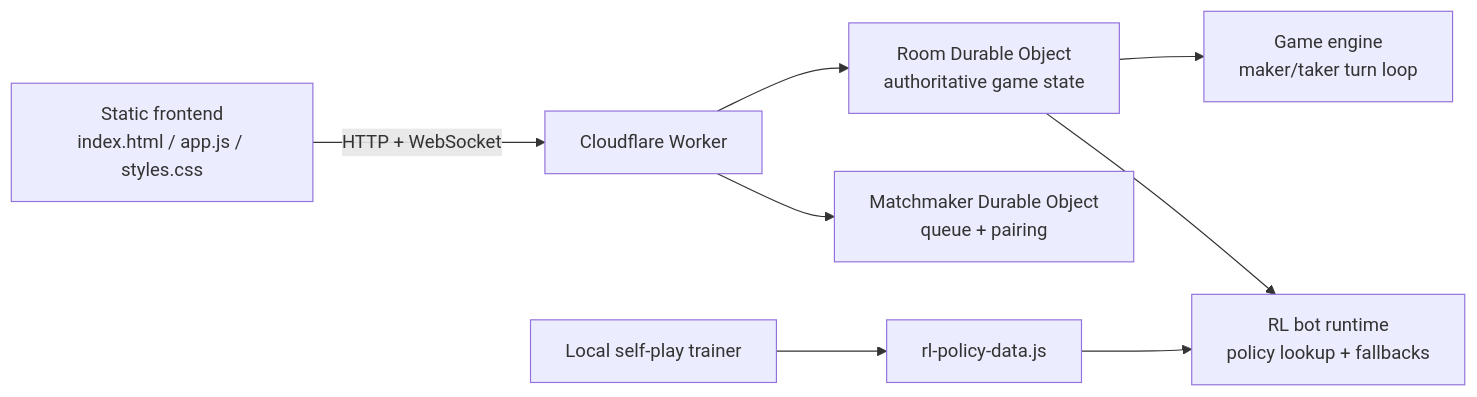
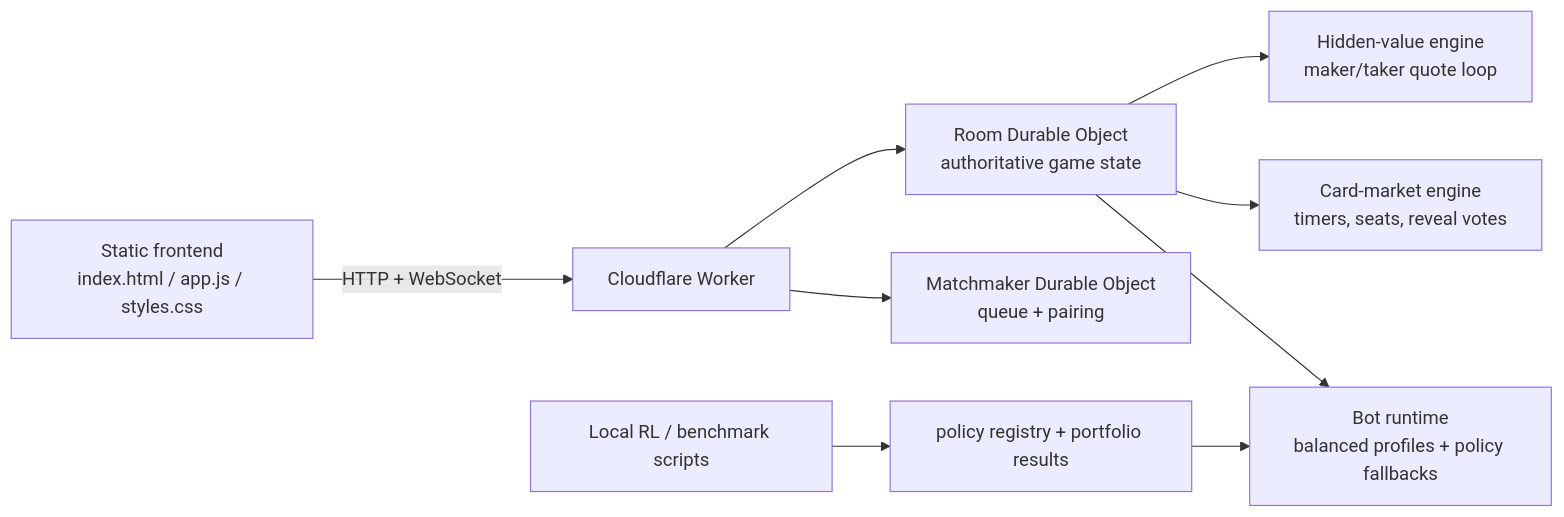
The diagram in README.md (aditya1909-bit/market-making-sim), drawn with Mermaid before and after one commit. The commit also changed other lines of this file and 23 other files, not shown here.

````diff
--- a/README.md
+++ b/README.md
@@ -20,10 +73,11 @@
 ```mermaid
 flowchart LR
     A["Static frontend<br/>index.html / app.js / styles.css"] -->|HTTP + WebSocket| B["Cloudflare Worker"]
     B --> C["Room Durable Object<br/>authoritative game state"]
     B --> D["Matchmaker Durable Object<br/>queue + pairing"]
-    C --> E["Game engine<br/>maker/taker turn loop"]
-    C --> F["RL bot runtime<br/>policy lookup + fallbacks"]
-    G["Local self-play trainer"] --> H["rl-policy-data.js"]
-    H --> F
+    C --> E["Hidden-value engine<br/>maker/taker quote loop"]
+    C --> F["Card-market engine<br/>timers, seats, reveal votes"]
+    C --> G["Bot runtime<br/>balanced profiles + policy fallbacks"]
+    H["Local RL / benchmark scripts"] --> I["policy registry + portfolio results"]
+    I --> G
 ```
````
